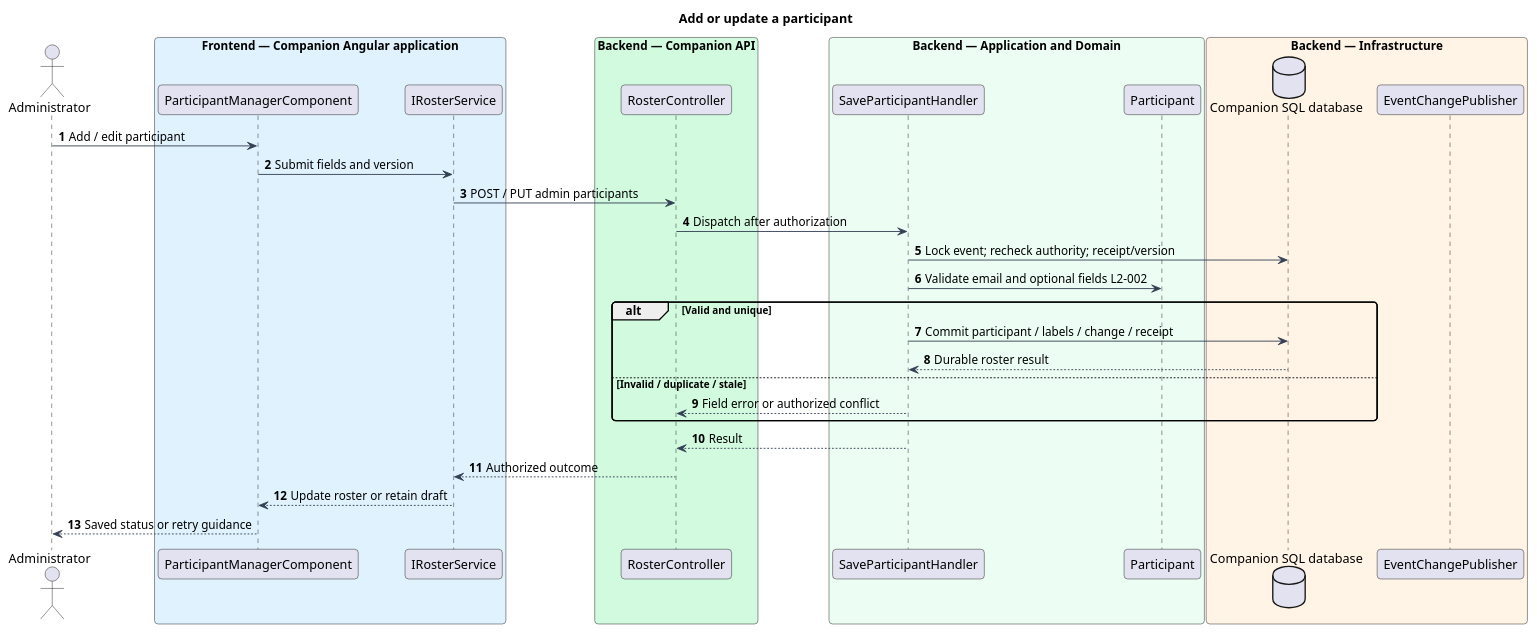
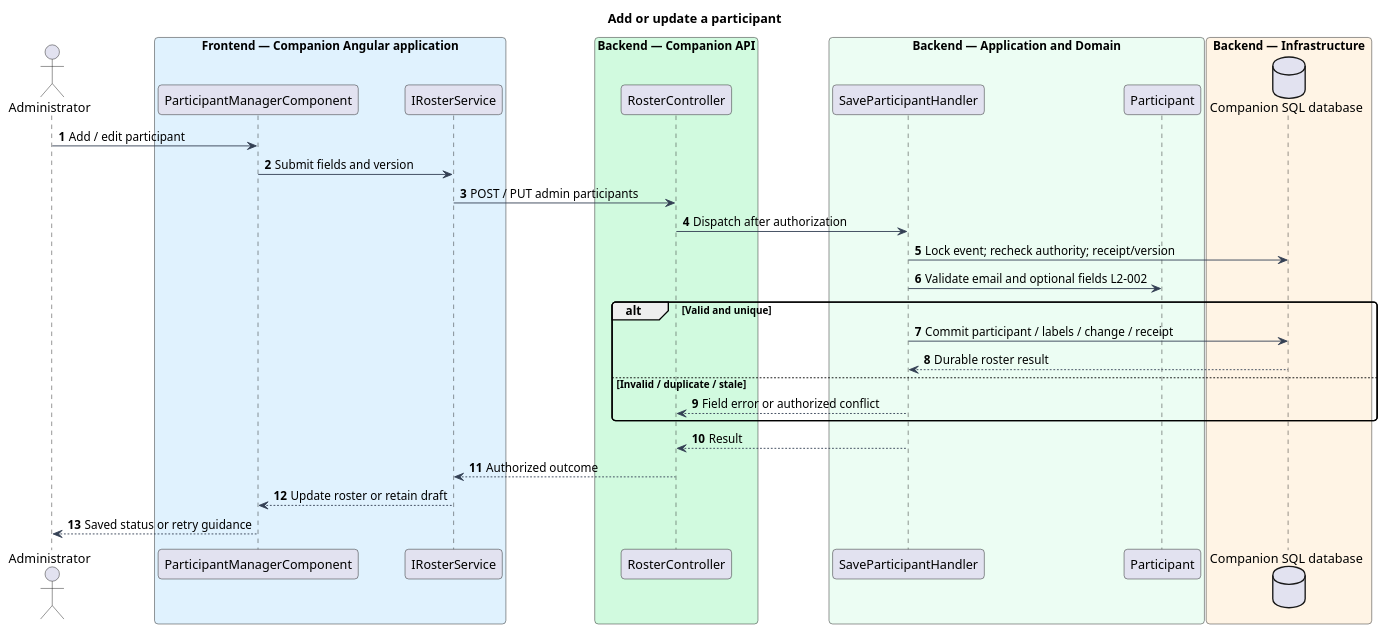
Before and after one commit to QuinntyneBrown/faithtech-toronto-ai-build-event: the diagram in docs/detailed-designs/participants/administer-participants/diagrams/sequence-save.puml, drawn with PlantUML. The commit also changed 100 other files, not shown here.

Commit message:
docs: complete design coverage and verify rendered architecture

```diff
--- a/docs/detailed-designs/participants/administer-participants/diagrams/sequence-save.puml
+++ b/docs/detailed-designs/participants/administer-participants/diagrams/sequence-save.puml
@@ -1,41 +1,40 @@
 @startuml
 skinparam backgroundColor #FFFFFF
 skinparam shadowing false
 skinparam defaultFontName Arial
 skinparam ArrowColor #344054
 skinparam roundcorner 8
 autonumber
 title Add or update a participant
 actor "Administrator" as actor
 box "Frontend — Companion Angular application" #E0F2FE
 participant "ParticipantManagerComponent" as page
 participant "IRosterService" as client
 end box
 box "Backend — Companion API" #D1FADF
 participant "RosterController" as controller
 end box
 box "Backend — Application and Domain" #ECFDF3
 participant "SaveParticipantHandler" as handler
 participant "Participant" as entity
 end box
 box "Backend — Infrastructure" #FFF4E5
 database "Companion SQL database" as db
-participant "EventChangePublisher" as push
 end box
 actor -> page : Add / edit participant
 page -> client : Submit fields and version
 client -> controller : POST / PUT admin participants
 controller -> handler : Dispatch after authorization
 handler -> db : Lock event; recheck authority; receipt/version
 handler -> entity : Validate email and optional fields L2-002
 alt Valid and unique
  handler -> db : Commit participant / labels / change / receipt
  db --> handler : Durable roster result
 else Invalid / duplicate / stale
  handler --> controller : Field error or authorized conflict
 end
 handler --> controller : Result
 controller --> client : Authorized outcome
 client --> page : Update roster or retain draft
 page --> actor : Saved status or retry guidance
 @enduml
```
